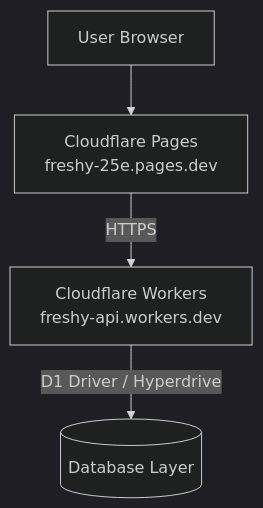
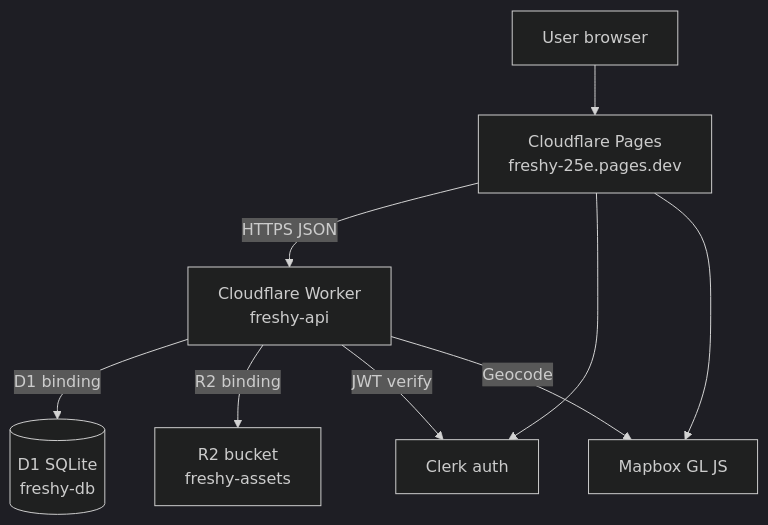
Before and after one commit to alexandrelheinen/freshy: the diagram in docs/cloudflare-migration.md, drawn with Mermaid (dark theme). The commit also changed other lines of this file and 32 other files, not shown here.

First line of the commit message:
feat(api): complete Path B Cloudflare Worker migration

````diff
--- a/docs/cloudflare-migration.md
+++ b/docs/cloudflare-migration.md
@@ -13,7 +11,11 @@
 ```mermaid
-flowchart TD
-    User[User Browser] --> Pages[Cloudflare Pages<br/>freshy-25e.pages.dev]
-    Pages -->|HTTPS| Workers[Cloudflare Workers<br/>freshy-api.workers.dev]
-    Workers -->|D1 Driver / Hyperdrive| DB[(Database Layer)]
-
+flowchart TB
+    Browser[User browser] --> Pages["Cloudflare Pages<br/>freshy-25e.pages.dev"]
+    Pages -->|HTTPS JSON| Worker["Cloudflare Worker<br/>freshy-api"]
+    Worker -->|D1 binding| D1[(D1 SQLite<br/>freshy-db)]
+    Worker -->|R2 binding| R2["R2 bucket<br/>freshy-assets"]
+    Pages --> Clerk[Clerk auth]
+    Worker -->|JWT verify| Clerk
+    Pages --> Mapbox[Mapbox GL JS]
+    Worker -->|Geocode| Mapbox
 ```
````
